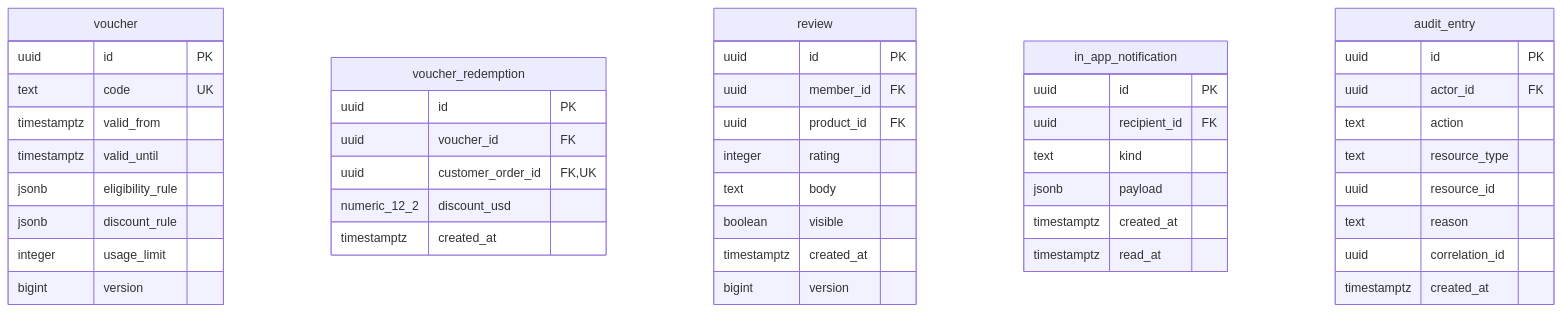
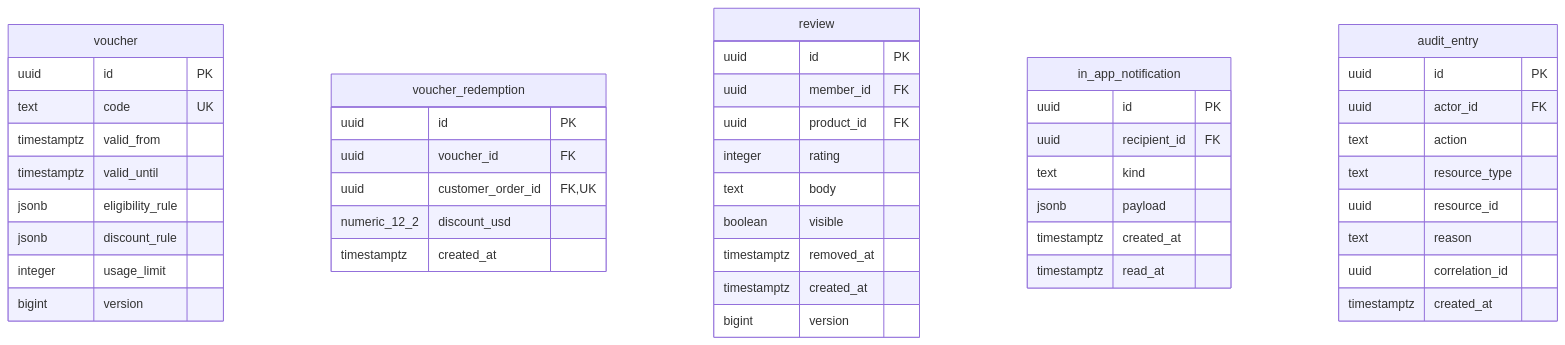
One commit to phuchoang-ecommerce-org/docs-minimal changed the fourth of 4 diagrams in SolutionArchitecture/backend/2-application-architecture/2.1-persistence-architecture/2.1.1-persistence-diagram.md. Above: the diagram before and after it, drawn with Mermaid. The commit also changed other lines of this file and 47 other files, not shown here.

````diff
--- a/SolutionArchitecture/backend/2-application-architecture/2.1-persistence-architecture/2.1.1-persistence-diagram.md
+++ b/SolutionArchitecture/backend/2-application-architecture/2.1-persistence-architecture/2.1.1-persistence-diagram.md
@@ -177,48 +177,49 @@
 ```mermaid
 erDiagram
     voucher {
         uuid id PK
         text code UK
         timestamptz valid_from
         timestamptz valid_until
         jsonb eligibility_rule
         jsonb discount_rule
         integer usage_limit
         bigint version
     }
     voucher_redemption {
         uuid id PK
         uuid voucher_id FK
         uuid customer_order_id FK,UK
         numeric_12_2 discount_usd
         timestamptz created_at
     }
     review {
         uuid id PK
         uuid member_id FK
         uuid product_id FK
         integer rating
         text body
         boolean visible
+        timestamptz removed_at
         timestamptz created_at
         bigint version
     }
     in_app_notification {
         uuid id PK
         uuid recipient_id FK
         text kind
         jsonb payload
         timestamptz created_at
         timestamptz read_at
     }
     audit_entry {
         uuid id PK
         uuid actor_id FK
         text action
         text resource_type
         uuid resource_id
         text reason
         uuid correlation_id
         timestamptz created_at
     }
 ```
````
